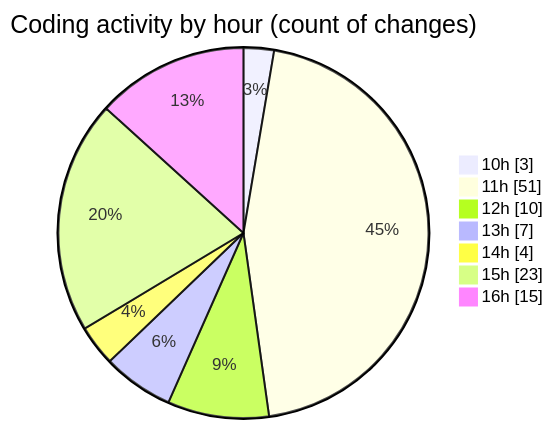
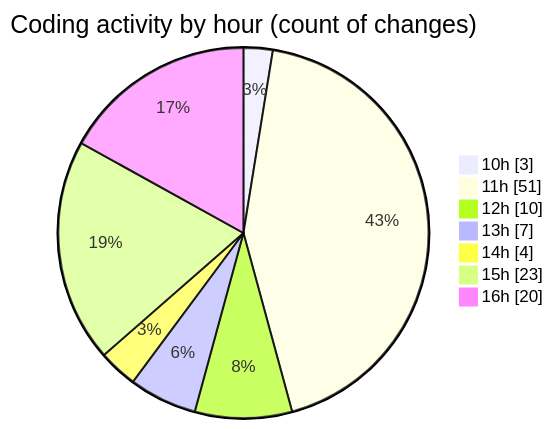
One commit to nxtqubesakshisongat/code-tracking changed the second of 2 diagrams in 2025-07-11/argos/README.md. Above: the diagram before and after it, drawn with Mermaid. The commit also changed other lines of this file and 1 other file, not shown here.

````diff
--- a/2025-07-11/argos/README.md
+++ b/2025-07-11/argos/README.md
@@ -35,11 +36,11 @@
 ```mermaid
 pie showData
 title Coding activity by hour (count of changes)
 "10h" : 3
 "11h" : 51
 "12h" : 10
 "13h" : 7
 "14h" : 4
 "15h" : 23
-"16h" : 15
+"16h" : 20
 ```
````
